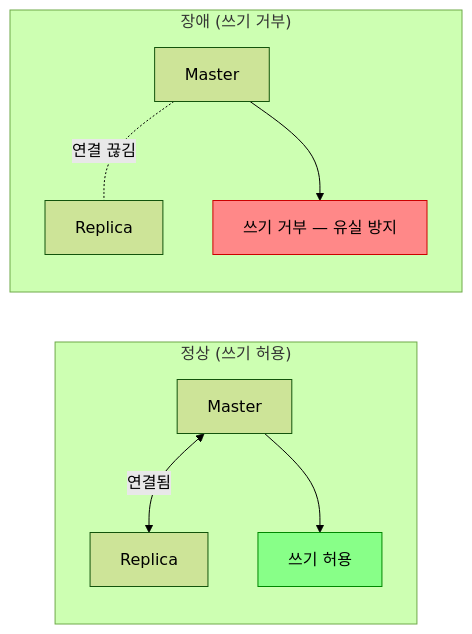
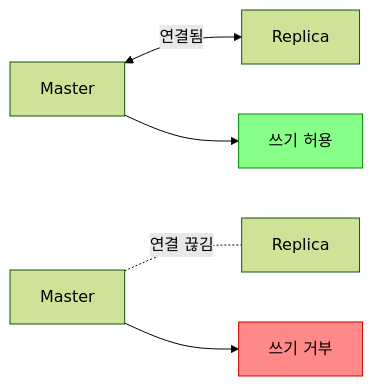
One commit to yjkim2015/yjkim2015.github.io changed the eighth of 9 diagrams in _posts/redis/2026-05-01-redis-replication.md. Above: the diagram before and after it, drawn with Mermaid (forest theme). The commit also changed other lines of this file and 155 other files, not shown here.

First line of the commit message:
Mermaid 전면 수정: subgraph 제거, participant/노드/줄수 축소 (342블록)

````diff
--- a/_posts/redis/2026-05-01-redis-replication.md
+++ b/_posts/redis/2026-05-01-redis-replication.md
@@ -185,13 +183,9 @@
 ```mermaid
 graph LR
-    subgraph "정상 (쓰기 허용)"
-        M1["Master"] <-->|"연결됨"| R1["Replica"]
-        M1 --> W1["쓰기 허용"]
-    end
-    subgraph "장애 (쓰기 거부)"
-        M2["Master"] -. "연결 끊김" .- R2["Replica"]
-        M2 --> W2["쓰기 거부 — 유실 방지"]
-    end
+    M1["Master"] <-->|연결됨| R1["Replica"]
+    M1 --> W1["쓰기 허용"]
+    M2["Master"] -. 연결 끊김 .- R2["Replica"]
+    M2 --> W2["쓰기 거부"]
     style W1 fill:#8f8,stroke:#080,color:#000
     style W2 fill:#f88,stroke:#c00,color:#000
 ```
````
